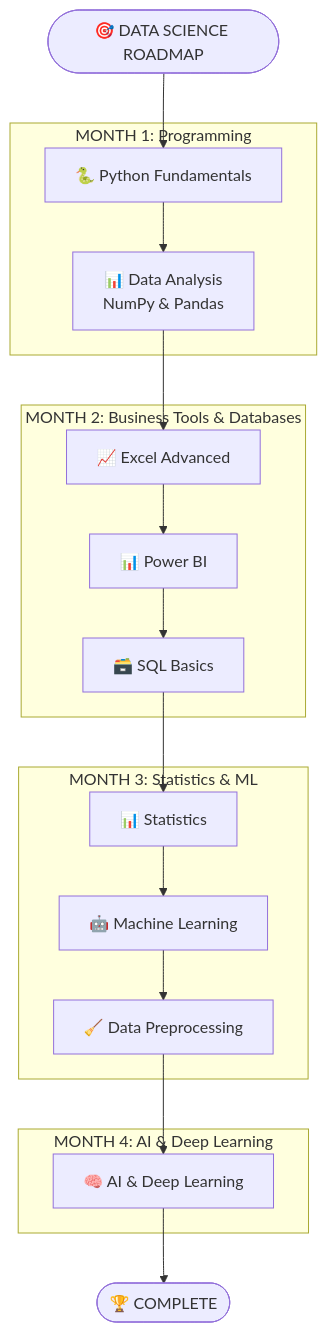
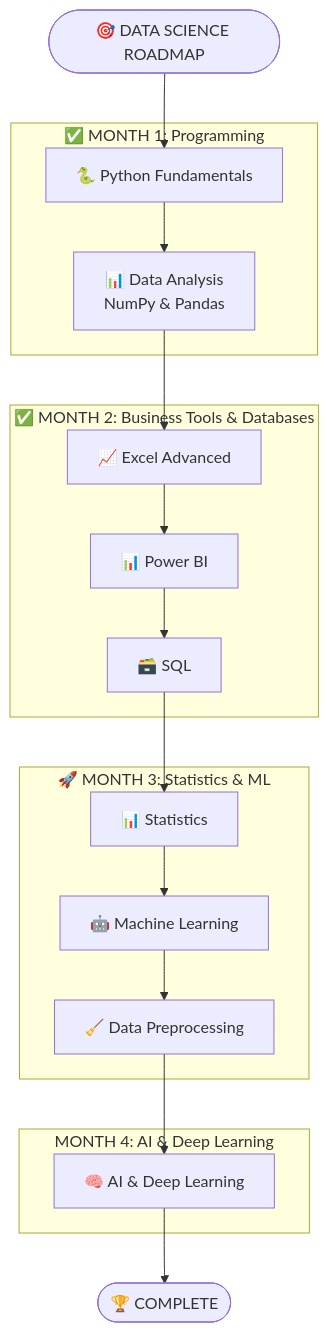
The first of 2 diagrams in README.md (riyann00b/SDHub-DS), drawn with Mermaid before and after one commit. The commit also changed other lines of this file, not shown here.

````diff
--- a/README.md
+++ b/README.md
@@ -73,40 +78,40 @@
 ```mermaid
 flowchart TD
     Start([🎯 DATA SCIENCE ROADMAP])
 
     %% --- MONTH 1 ---
-    subgraph M1["MONTH 1: Programming"]
+    subgraph M1["✅ MONTH 1: Programming"]
         A[🐍 Python Fundamentals]
         B[📊 Data Analysis<br/>NumPy & Pandas]
         A --> B
     end
 
     %% --- MONTH 2 ---
-    subgraph M2["MONTH 2: Business Tools & Databases"]
+    subgraph M2["✅ MONTH 2: Business Tools & Databases"]
         C[📈 Excel Advanced]
         D[📊 Power BI]
-        E[🗃️ SQL Basics]
+        E[🗃️ SQL]
         C --> D
         D --> E
     end
 
     %% --- MONTH 3 ---
-    subgraph M3["MONTH 3: Statistics & ML"]
+    subgraph M3["🚀 MONTH 3: Statistics & ML"]
         F[📊 Statistics]
         G[🤖 Machine Learning]
         H[🧹 Data Preprocessing]
         F --> G --> H
     end
 
     %% --- MONTH 4 ---
     subgraph M4["MONTH 4: AI & Deep Learning"]
         I[🧠 AI & Deep Learning]
     end
 
     %% FLOW
     Start --> A
     B --> C
     E --> F
     H --> I
     I --> End([🏆 COMPLETE])
 ```
````
